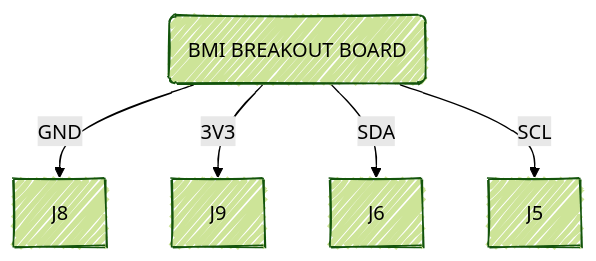
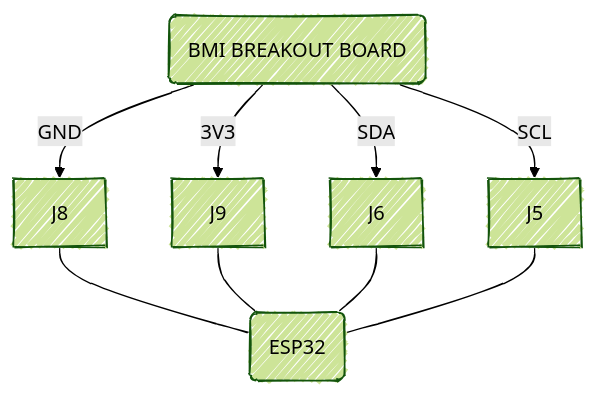
The third of 4 diagrams in README.md (Visaging/ESP32-Gimbal), drawn with Mermaid (forest theme) before and after one commit.

````diff
--- a/README.md
+++ b/README.md
@@ -36,11 +36,11 @@
 ```mermaid
 ---
 config:
   look: handDrawn
 ---
 flowchart TD
-    C(BMI BREAKOUT BOARD)-->|GND|J8
-    C(BMI BREAKOUT BOARD)-->|3V3|J9
-    C(BMI BREAKOUT BOARD)-->|SDA|J6
-    C(BMI BREAKOUT BOARD)-->|SCL|J5
+    C(BMI BREAKOUT BOARD)-->|GND|J8---D(ESP32)
+    C(BMI BREAKOUT BOARD)-->|3V3|J9---D
+    C(BMI BREAKOUT BOARD)-->|SDA|J6---D
+    C(BMI BREAKOUT BOARD)-->|SCL|J5---D
 ```
````
